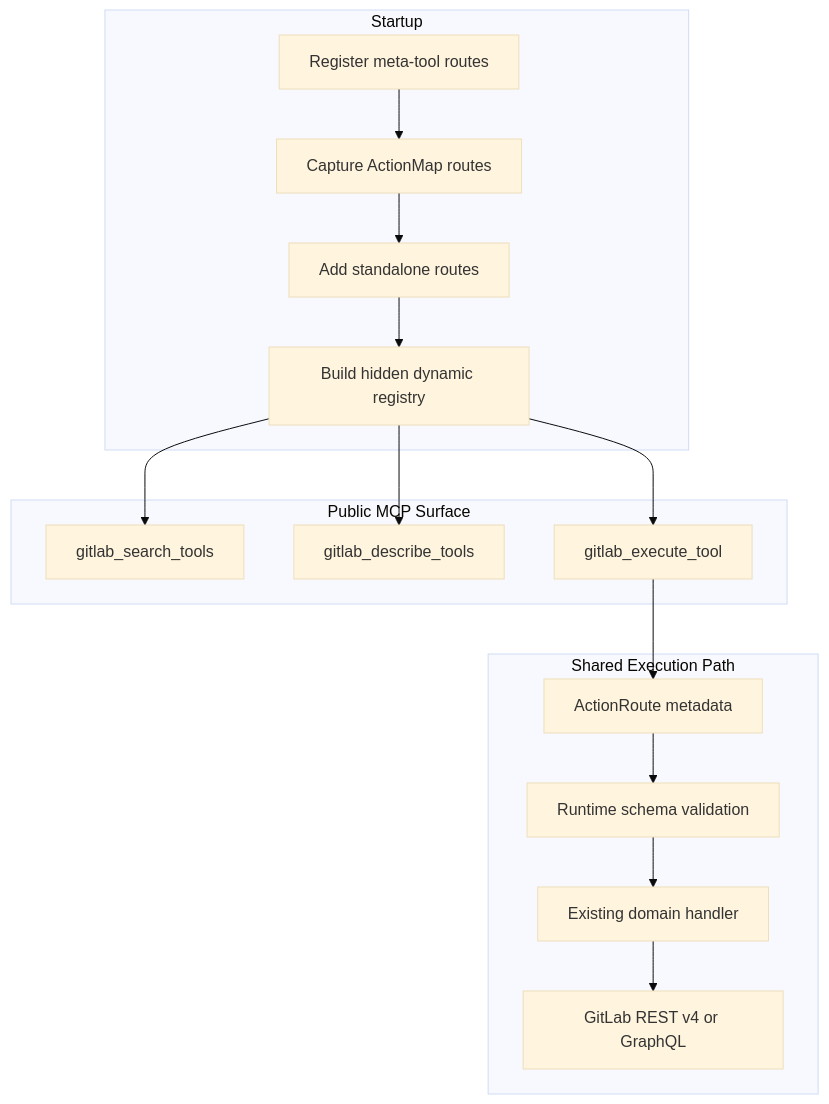
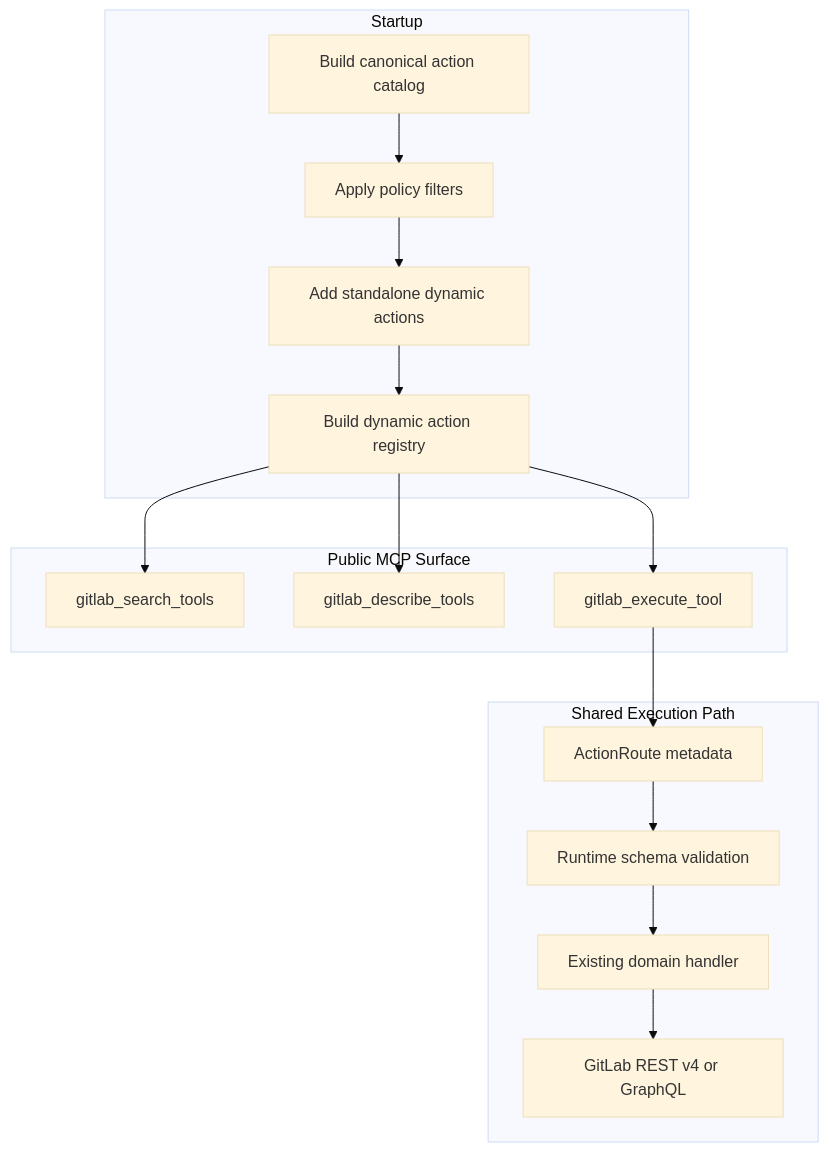
One commit to jmrplens/gitlab-mcp-server changed the second of 2 diagrams in docs/dynamic-tools.md. Above: the diagram before and after it, drawn with Mermaid (base theme). The commit also changed other lines of this file and 62 other files, not shown here.

First line of the commit message:
feat(dynamic): add canonical action catalog

````diff
--- a/docs/dynamic-tools.md
+++ b/docs/dynamic-tools.md
@@ -189,28 +189,28 @@
 ```mermaid
 flowchart TD
-    subgraph Startup
-        A[Register meta-tool routes]
-        B[Capture ActionMap routes]
-        C[Add standalone routes]
-        D[Build hidden dynamic registry]
-    end
+  subgraph Startup
+    A[Build canonical action catalog]
+    B[Apply policy filters]
+    C[Add standalone dynamic actions]
+    D[Build dynamic action registry]
+  end
 
     subgraph Public MCP Surface
         E[gitlab_search_tools]
         F[gitlab_describe_tools]
         G[gitlab_execute_tool]
     end
 
     subgraph Shared Execution Path
         H[ActionRoute metadata]
         I[Runtime schema validation]
         J[Existing domain handler]
         K[GitLab REST v4 or GraphQL]
     end
 
     A --> B --> C --> D
     D --> E
     D --> F
     D --> G
     G --> H --> I --> J --> K
 ```
````
